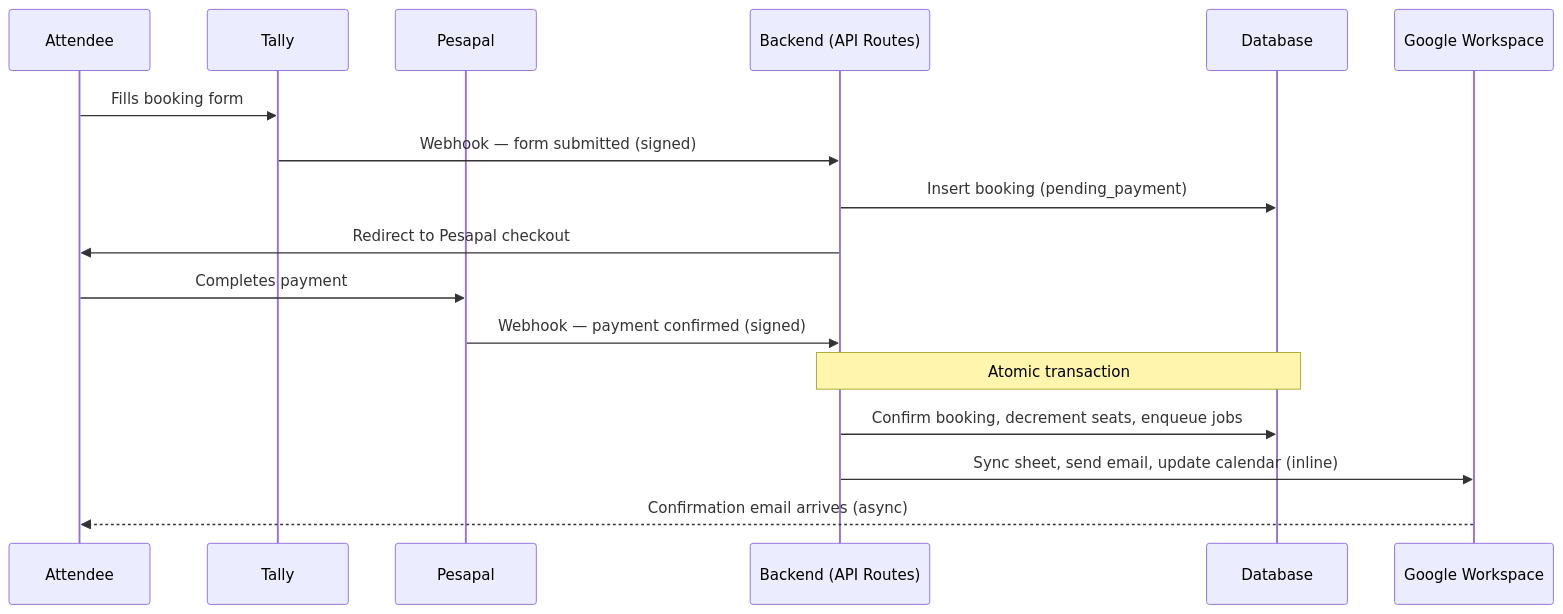
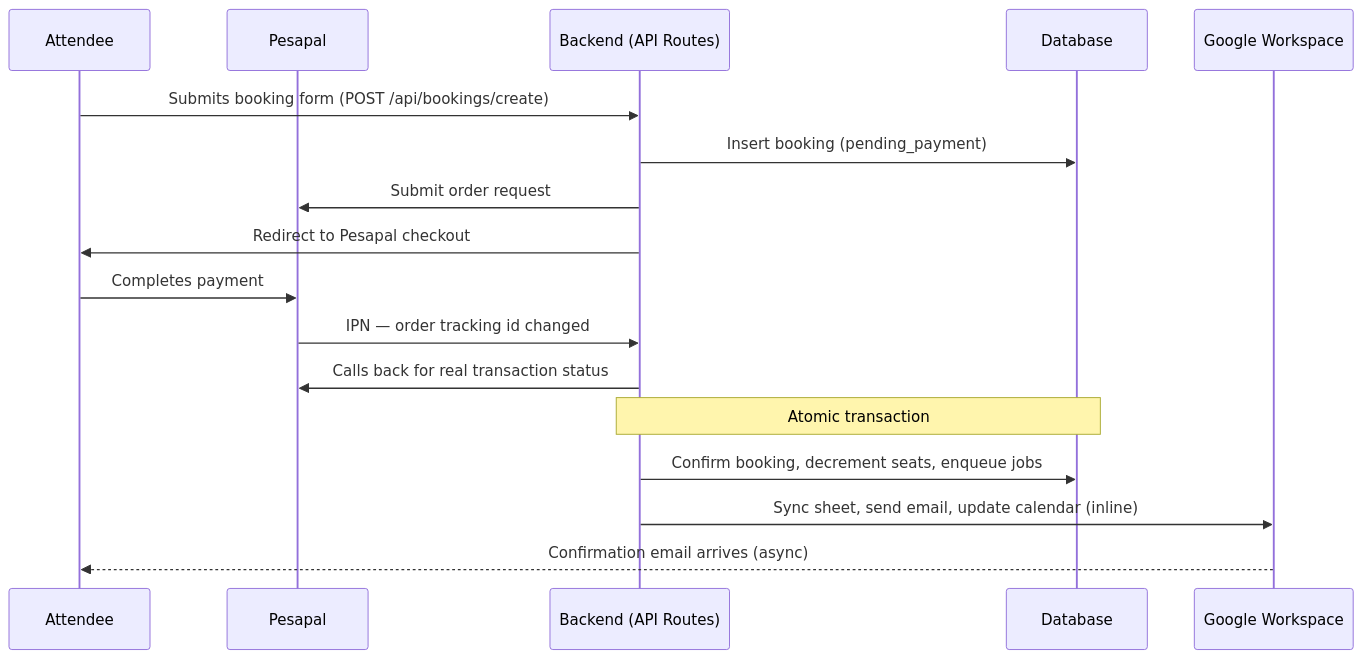
One commit to ceezdigital/ai.native changed the second of 2 diagrams in SYSTEM_DESIGN.md. Above: the diagram before and after it, drawn with Mermaid. The commit also changed other lines of this file and 37 other files, not shown here.

Commit message:
Update booking, community features and remove tally integrations

````diff
--- a/SYSTEM_DESIGN.md
+++ b/SYSTEM_DESIGN.md
@@ -45,20 +47,20 @@
 ```mermaid
 sequenceDiagram
     participant A as Attendee
-    participant T as Tally
     participant P as Pesapal
     participant B as Backend (API Routes)
     participant D as Database
     participant G as Google Workspace
 
-    A->>T: Fills booking form
-    T->>B: Webhook — form submitted (signed)
+    A->>B: Submits booking form (POST /api/bookings/create)
     B->>D: Insert booking (pending_payment)
+    B->>P: Submit order request
     B->>A: Redirect to Pesapal checkout
     A->>P: Completes payment
-    P->>B: Webhook — payment confirmed (signed)
+    P->>B: IPN — order tracking id changed
+    B->>P: Calls back for real transaction status
     Note over B,D: Atomic transaction
     B->>D: Confirm booking, decrement seats, enqueue jobs
     B->>G: Sync sheet, send email, update calendar (inline)
     G-->>A: Confirmation email arrives (async)
 ```
````
